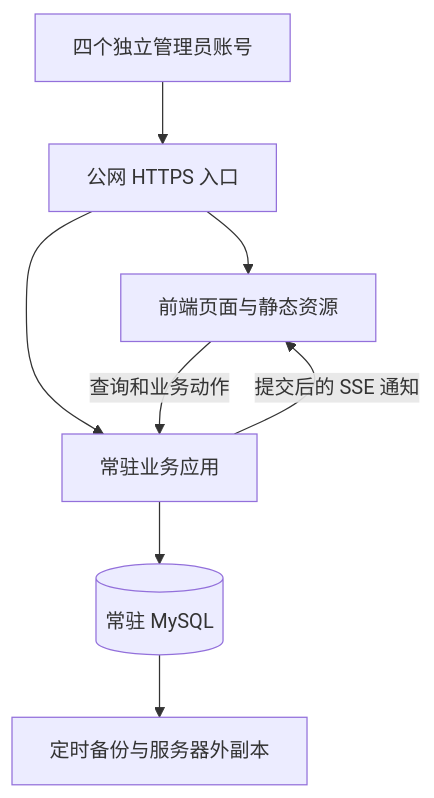
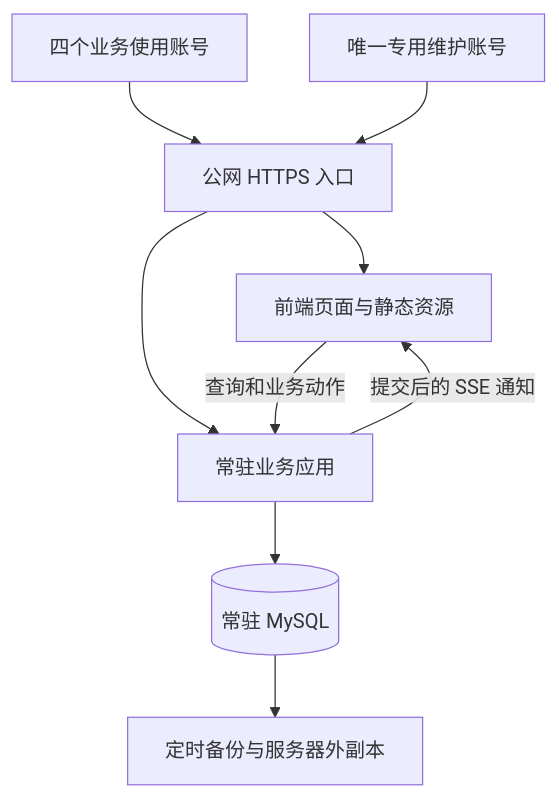
Before and after one commit to zhilihz/geekdash: the first of 2 diagrams in docs/architecture/architecture.md, drawn with Mermaid. The commit also changed other lines of this file and 11 other files, not shown here.

````diff
--- a/docs/architecture/architecture.md
+++ b/docs/architecture/architecture.md
@@ -19,10 +19,11 @@
 ```mermaid
 flowchart TB
-    User[四个独立管理员账号] --> HTTPS[公网 HTTPS 入口]
+    User[四个业务使用账号] --> HTTPS[公网 HTTPS 入口]
+    Maint[唯一专用维护账号] --> HTTPS
     HTTPS --> UI[前端页面与静态资源]
     HTTPS --> API[常驻业务应用]
     UI -->|查询和业务动作| API
     API -->|提交后的 SSE 通知| UI
     API --> DB[(常驻 MySQL)]
     DB --> Backup[定时备份与服务器外副本]
 ```
````
